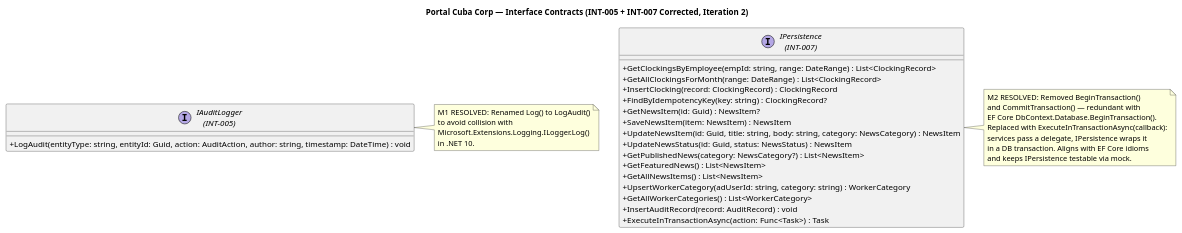
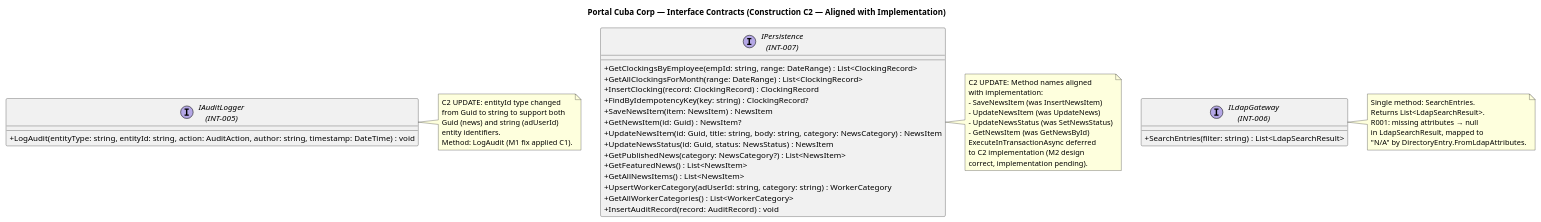
Diagram 16 of 32 in docs/artifacts/analysis---design/design-model.md (banense-test/portal-cuba-corp), drawn with PlantUML before and after one commit. The commit also changed other lines of this file, not shown here.

First line of the commit message:
Designer [C2]: upsert Design Model

````diff
--- a/docs/artifacts/analysis---design/design-model.md
+++ b/docs/artifacts/analysis---design/design-model.md
@@ -1275,47 +1278,61 @@
 ```plantuml
 @startuml
-title Portal Cuba Corp — Interface Contracts (INT-005 + INT-007 Corrected, Iteration 2)
+title Portal Cuba Corp — Interface Contracts (Construction C2 — Aligned with Implementation)
 
 skinparam classAttributeIconSize 0
 
 interface "IAuditLogger\n(INT-005)" as INT005 {
-  + LogAudit(entityType: string, entityId: Guid, action: AuditAction, author: string, timestamp: DateTime) : void
+  + LogAudit(entityType: string, entityId: string, action: AuditAction, author: string, timestamp: DateTime) : void
 }
 
 interface "IPersistence\n(INT-007)" as INT007 {
   + GetClockingsByEmployee(empId: string, range: DateRange) : List<ClockingRecord>
   + GetAllClockingsForMonth(range: DateRange) : List<ClockingRecord>
   + InsertClocking(record: ClockingRecord) : ClockingRecord
   + FindByIdempotencyKey(key: string) : ClockingRecord?
+  + SaveNewsItem(item: NewsItem) : NewsItem
   + GetNewsItem(id: Guid) : NewsItem?
-  + SaveNewsItem(item: NewsItem) : NewsItem
   + UpdateNewsItem(id: Guid, title: string, body: string, category: NewsCategory) : NewsItem
   + UpdateNewsStatus(id: Guid, status: NewsStatus) : NewsItem
   + GetPublishedNews(category: NewsCategory?) : List<NewsItem>
   + GetFeaturedNews() : List<NewsItem>
   + GetAllNewsItems() : List<NewsItem>
   + UpsertWorkerCategory(adUserId: string, category: string) : WorkerCategory
   + GetAllWorkerCategories() : List<WorkerCategory>
   + InsertAuditRecord(record: AuditRecord) : void
-  + ExecuteInTransactionAsync(action: Func<Task>) : Task
+}
+
+interface "ILdapGateway\n(INT-006)" as INT006 {
+  + SearchEntries(filter: string) : List<LdapSearchResult>
 }
 
 note right of INT005
-  M1 RESOLVED: Renamed Log() to LogAudit()
-  to avoid collision with
-  Microsoft.Extensions.Logging.ILogger.Log()
-  in .NET 10.
+  C2 UPDATE: entityId type changed
+  from Guid to string to support both
+  Guid (news) and string (adUserId)
+  entity identifiers.
+  Method: LogAudit (M1 fix applied C1).
 end note
 
 note right of INT007
-  M2 RESOLVED: Removed BeginTransaction()
-  and CommitTransaction() — redundant with
-  EF Core DbContext.Database.BeginTransaction().
-  Replaced with ExecuteInTransactionAsync(callback):
-  services pass a delegate, IPersistence wraps it
-  in a DB transaction. Aligns with EF Core idioms
-  and keeps IPersistence testable via mock.
+  C2 UPDATE: Method names aligned
+  with implementation:
+  - SaveNewsItem (was InsertNewsItem)
+  - UpdateNewsItem (was UpdateNews)
+  - UpdateNewsStatus (was SetNewsStatus)
+  - GetNewsItem (was GetNewsById)
+  ExecuteInTransactionAsync deferred
+  to C2 implementation (M2 design
+  correct, implementation pending).
+end note
+
+note right of INT006
+  Single method: SearchEntries.
+  Returns List<LdapSearchResult>.
+  R001: missing attributes → null
+  in LdapSearchResult, mapped to
+  "N/A" by DirectoryEntry.FromLdapAttributes.
 end note
 
 @enduml
 ```
````
